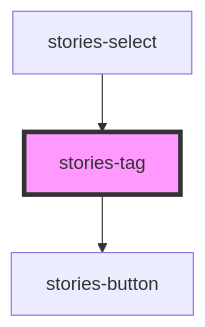
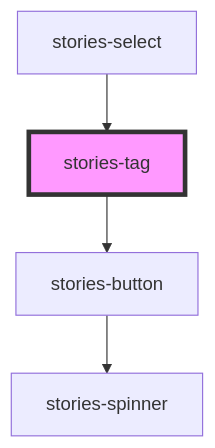
One commit to storiesjs/stories changed the diagram in packages/core/src/components/tag/readme.md. Above: the diagram before and after it, drawn with Mermaid. The commit also changed other lines of this file and 57 other files, not shown here.

````diff
--- a/packages/core/src/components/tag/readme.md
+++ b/packages/core/src/components/tag/readme.md
@@ -64,6 +64,7 @@
 ```mermaid
 graph TD;
   stories-tag --> stories-button
+  stories-button --> stories-spinner
   stories-select --> stories-tag
   style stories-tag fill:#f9f,stroke:#333,stroke-width:4px
 ```
````
